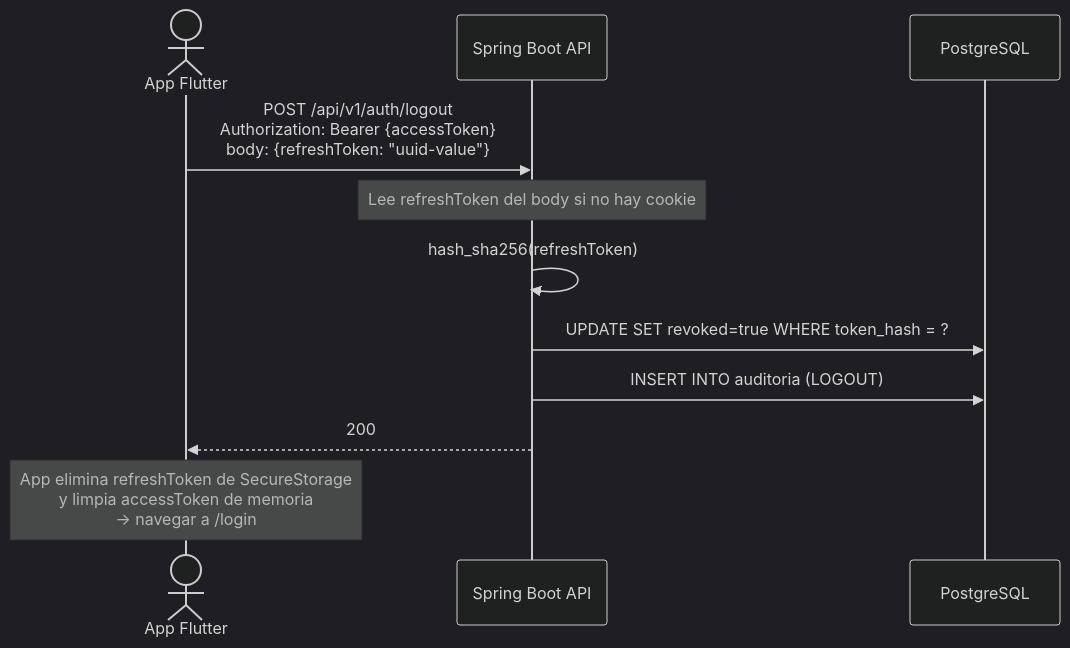
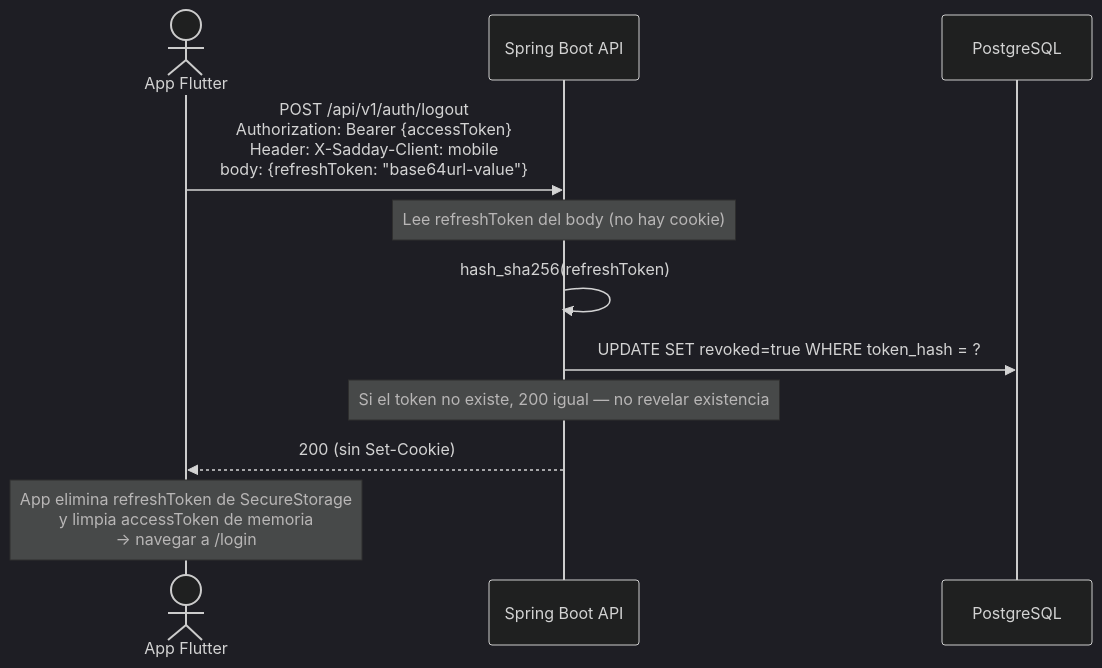
The tenth of 10 diagrams in docs/security/diagramas/02_flujos_autenticacion.md (ovo86da/sadday-app), drawn with Mermaid (dark theme) before and after one commit. The commit also changed other lines of this file, not shown here.

First line of the commit message:
docs(security): actualizar diagramas de autenticación para reflejar implementación real

````diff
--- a/docs/security/diagramas/02_flujos_autenticacion.md
+++ b/docs/security/diagramas/02_flujos_autenticacion.md
@@ -265,16 +367,16 @@
 ```mermaid
 sequenceDiagram
     actor App as App Flutter
     participant API as Spring Boot API
     participant DB as PostgreSQL
 
-    App->>API: POST /api/v1/auth/logout<br/>Authorization: Bearer {accessToken}<br/>body: {refreshToken: "uuid-value"}
-    Note over API: Lee refreshToken del body si no hay cookie
+    App->>API: POST /api/v1/auth/logout<br/>Authorization: Bearer {accessToken}<br/>Header: X-Sadday-Client: mobile<br/>body: {refreshToken: "base64url-value"}
+    Note over API: Lee refreshToken del body (no hay cookie)
 
     API->>API: hash_sha256(refreshToken)
     API->>DB: UPDATE SET revoked=true WHERE token_hash = ?
-    API->>DB: INSERT INTO auditoria (LOGOUT)
+    Note over API: Si el token no existe, 200 igual — no revelar existencia
 
-    API-->>App: 200
+    API-->>App: 200 (sin Set-Cookie)
     Note over App: App elimina refreshToken de SecureStorage<br/>y limpia accessToken de memoria<br/>→ navegar a /login
 ```
````
